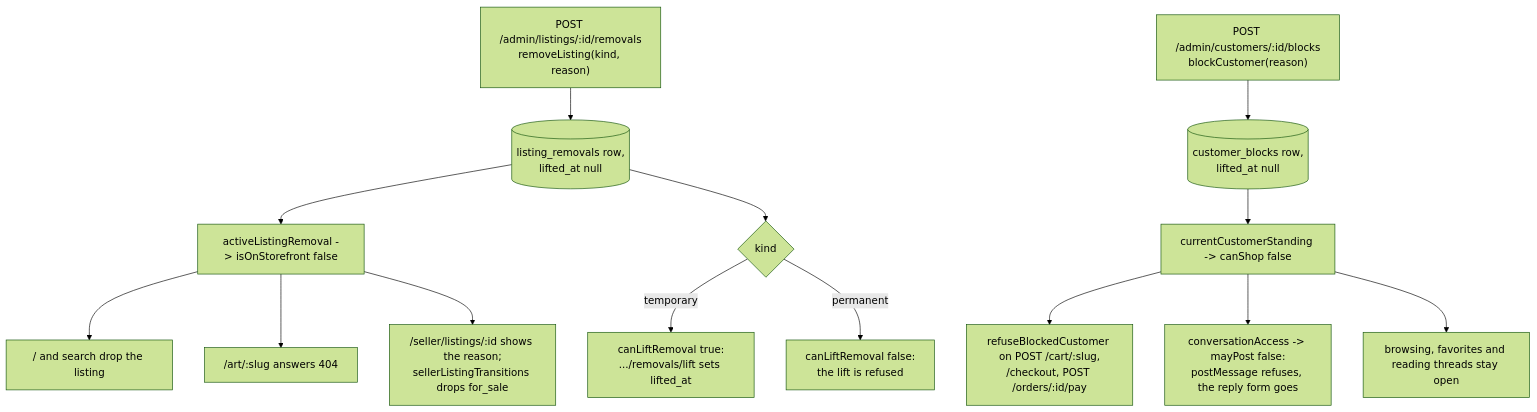
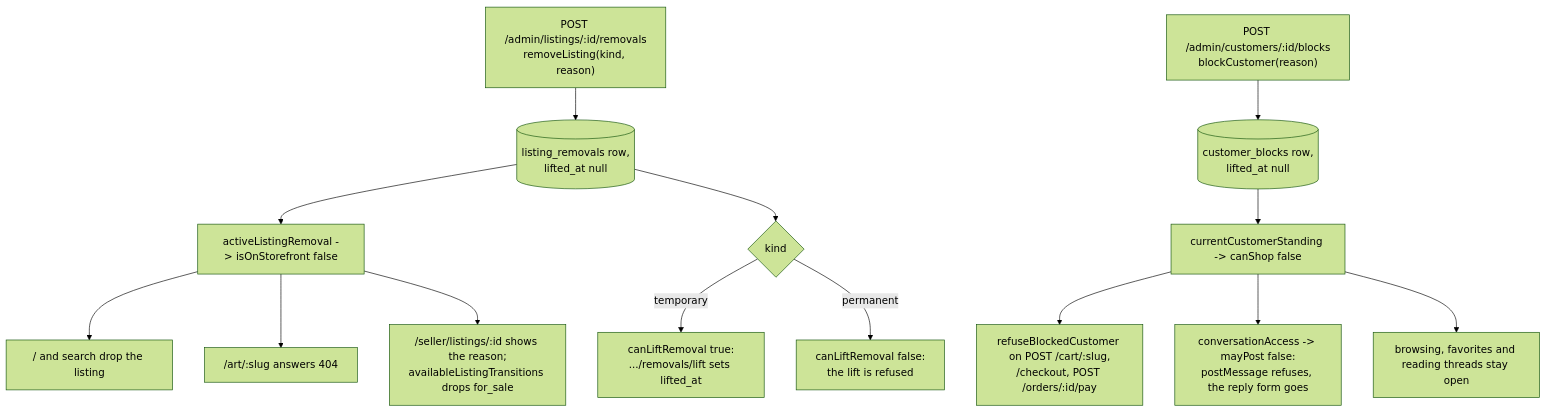
The first of 2 diagrams in prototype/node/docs/admin.md (jonathan-beebe/art-store), drawn with Mermaid (forest theme) before and after one commit. The commit also changed other lines of this file and 2 other files, not shown here.

First line of the commit message:
docs(node): FEAT-009 resolve — follow FEAT-010's listing-transitions move and smoke-test fill-out

````diff
--- a/prototype/node/docs/admin.md
+++ b/prototype/node/docs/admin.md
@@ -61,17 +61,17 @@
 ```mermaid
 flowchart TD
     remove["POST /admin/listings/:id/removals<br/>removeListing(kind, reason)"] --> removalRow[("listing_removals row,<br/>lifted_at null")]
     removalRow --> availability["activeListingRemoval -> isOnStorefront false"]
     availability --> browse["/ and search drop the listing"]
     availability --> page["/art/:slug answers 404"]
-    availability --> portal["/seller/listings/:id shows the reason;<br/>sellerListingTransitions drops for_sale"]
+    availability --> portal["/seller/listings/:id shows the reason;<br/>availableListingTransitions drops for_sale"]
     removalRow --> lift{"kind"}
     lift -- temporary --> lifted["canLiftRemoval true:<br/>.../removals/lift sets lifted_at"]
     lift -- permanent --> refused["canLiftRemoval false:<br/>the lift is refused"]
 
     block["POST /admin/customers/:id/blocks<br/>blockCustomer(reason)"] --> blockRow[("customer_blocks row,<br/>lifted_at null")]
     blockRow --> standing["currentCustomerStanding -> canShop false"]
     standing --> shopping["refuseBlockedCustomer on POST /cart/:slug,<br/>/checkout, POST /orders/:id/pay"]
     standing --> messages["conversationAccess -> mayPost false:<br/>postMessage refuses, the reply form goes"]
     standing --> browsing["browsing, favorites and reading threads stay open"]
 ```
````
